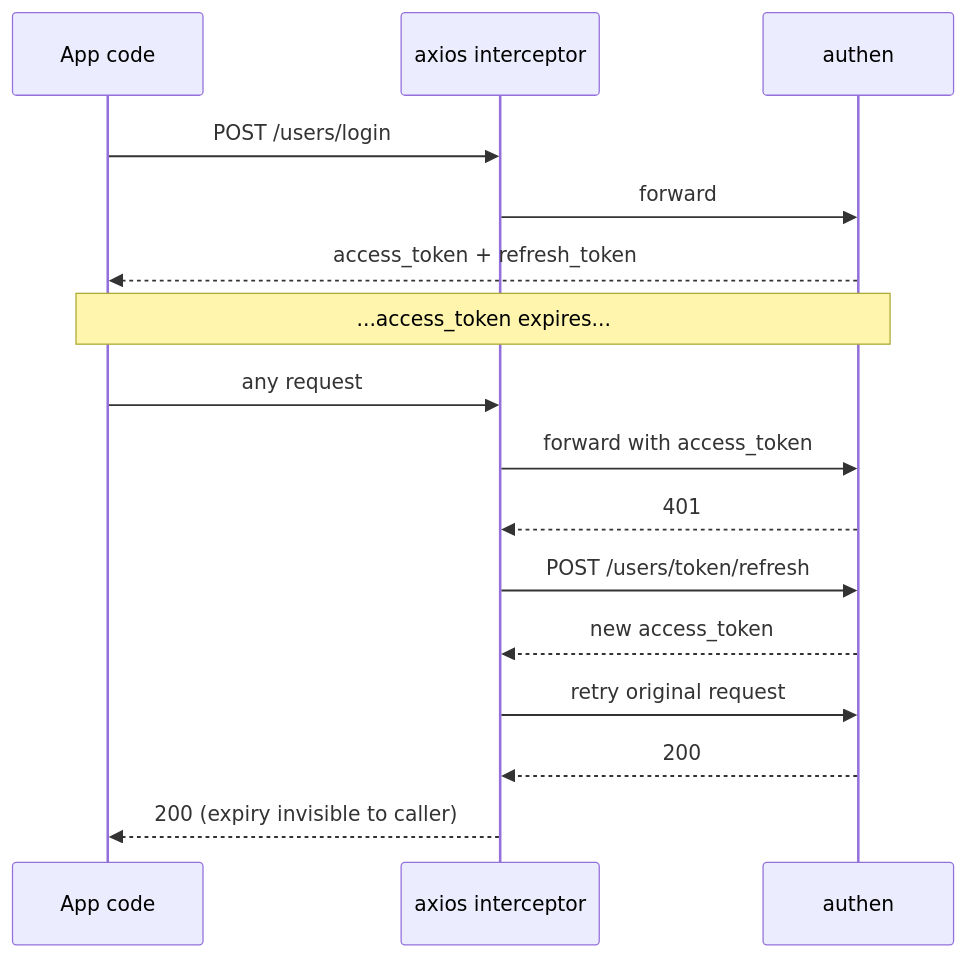
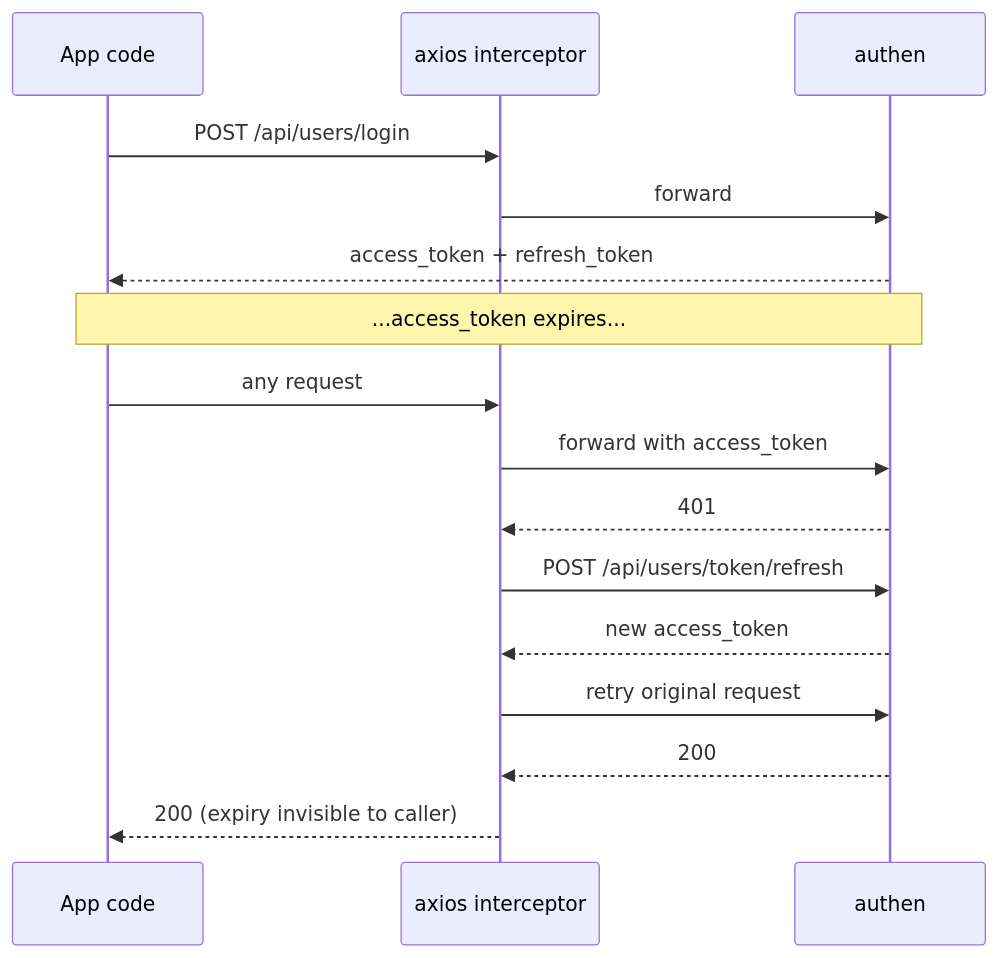
The fourth of 4 diagrams in README.md (nolannguyen1212/lumiere), drawn with Mermaid before and after one commit. The commit also changed other lines of this file, not shown here.

Commit message:
docs: update README diagrams for /api routes

````diff
--- a/README.md
+++ b/README.md
@@ -108,21 +108,21 @@
 ```mermaid
 sequenceDiagram
   participant C as App code
   participant I as axios interceptor
   participant A as authen
 
-  C->>I: POST /users/login
+  C->>I: POST /api/users/login
   I->>A: forward
   A-->>C: access_token + refresh_token
 
   Note over C,A: ...access_token expires...
 
   C->>I: any request
   I->>A: forward with access_token
   A-->>I: 401
-  I->>A: POST /users/token/refresh
+  I->>A: POST /api/users/token/refresh
   A-->>I: new access_token
   I->>A: retry original request
   A-->>I: 200
   I-->>C: 200 (expiry invisible to caller)
 ```
````
